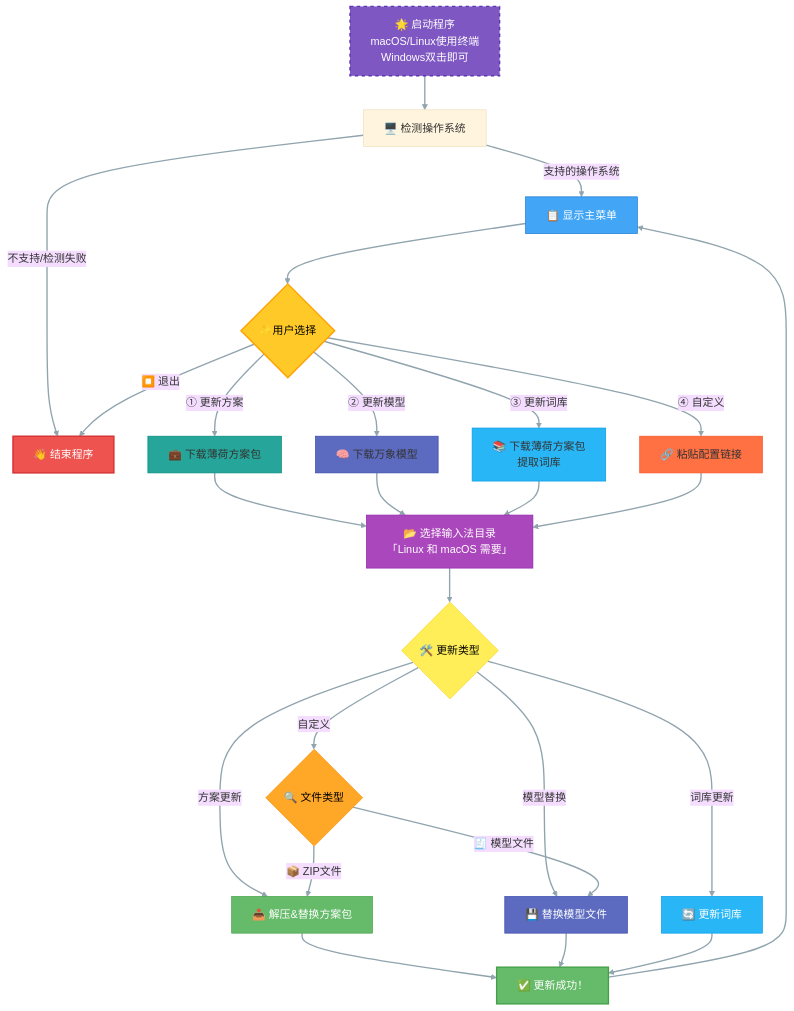
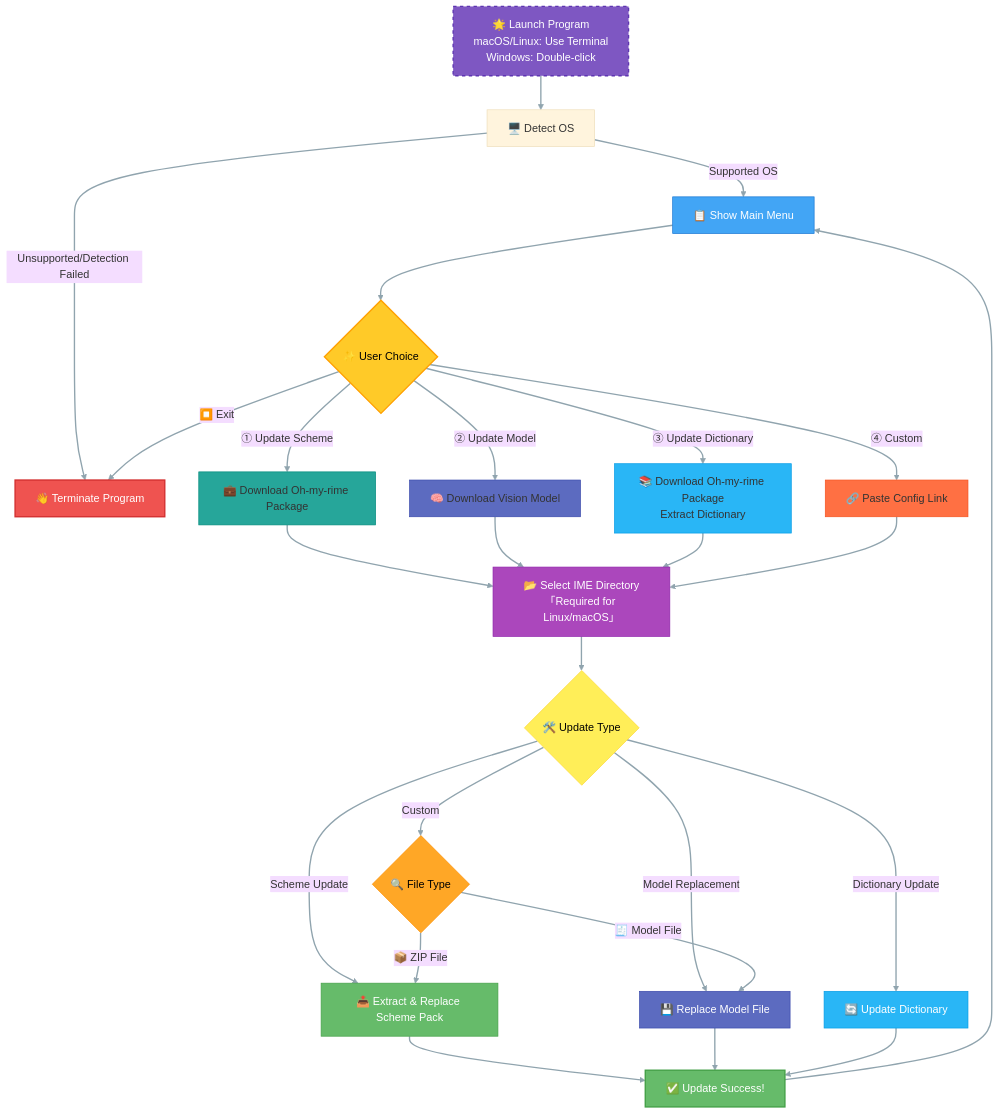
Before and after one commit to Mintimate/oh-my-rime-cli: the diagram in README_en.md, drawn with Mermaid (base theme).

Commit message:
doc: 将README流程图内容翻译为英文

````diff
--- a/README_en.md
+++ b/README_en.md
@@ -11,50 +11,50 @@
 ```mermaid
 flowchart TD
-    A[🌟 启动程序 <br/> macOS/Linux使用终端<br/>Windows双击即可] --> B[🖥️ 检测操作系统]
-    B --支持的操作系统--> C[📋 显示主菜单]
-    B --不支持/检测失败--> I
+    A[🌟 Launch Program <br/> macOS/Linux: Use Terminal<br/>Windows: Double-click] --> B[🖥️ Detect OS]
+    B --Supported OS--> C[📋 Show Main Menu]
+    B --Unsupported/Detection Failed--> I
     
-    C --> D{"✨用户选择"}
-    D -->|① 更新方案| E[💼 下载薄荷方案包]
-    D -->|② 更新模型| F[🧠 下载万象模型]
-    D -->|③ 更新词库| G[📚 下载薄荷方案包<br/>提取词库]
-    D -->|④ 自定义| H[🔗 粘贴配置链接]
-    D -->|⏹️ 退出| I[👋 结束程序]
+    C --> D{"✨ User Choice"}
+    D -->|① Update Scheme| E[💼 Download Oh-my-rime Package]
+    D -->|② Update Model| F[🧠 Download Vision Model]
+    D -->|③ Update Dictionary| G[📚 Download Oh-my-rime Package<br/>Extract Dictionary]
+    D -->|④ Custom| H[🔗 Paste Config Link]
+    D -->|⏹️ Exit| I[👋 Terminate Program]
     
-    E --> J[📂 选择输入法目录<br/>「Linux 和 macOS 需要」]
+    E --> J[📂 Select IME Directory<br/>「Required for Linux/macOS」]
     F --> J
     G --> J
     H --> J
     
-    J --> K{🛠️ 更新类型}
-    K -->|方案更新| L[📤 解压&替换方案包]
-    K -->|模型替换| M[💾 替换模型文件]
-    K -->|词库更新| N[🔄 更新词库]
-    K -->|自定义| O{🔍 文件类型}
+    J --> K{🛠️ Update Type}
+    K -->|Scheme Update| L[📤 Extract & Replace Scheme Pack]
+    K -->|Model Replacement| M[💾 Replace Model File]
+    K -->|Dictionary Update| N[🔄 Update Dictionary]
+    K -->|Custom| O{🔍 File Type}
     
-    O -->|📦 ZIP文件| L
-    O -->|🧾 模型文件| M
+    O -->|📦 ZIP File| L
+    O -->|🧾 Model File| M
     
-    L --> P[✅ 更新成功！]
+    L --> P[✅ Update Success!]
     M --> P
     N --> P
     
     P --> C
 
     style A fill:#7E57C2,stroke:#5E35B1,color:white,stroke-width:2px,stroke-dasharray:5
     style I fill:#EF5350,stroke:#D32F2F,color:white,stroke-width:2px
     style C fill:#42A5F5,stroke:#1976D2,color:white
     style D fill:#FFCA28,stroke:#FFA000,color:black,stroke-width:2px
     style E fill:#26A69A,stroke:#00897B
     style F fill:#5C6BC0,stroke:#3949AB
     style G fill:#29B6F6,stroke:#039BE5
     style H fill:#FF7043,stroke:#F4511E
     style J fill:#AB47BC,stroke:#8E24AA,color:white
     style K fill:#FFEE58,stroke:#FDD835,color:black
     style L fill:#66BB6A,stroke:#43A047,color:white
     style M fill:#5C6BC0,stroke:#3949AB,color:white
     style N fill:#29B6F6,stroke:#039BE5,color:white
     style O fill:#FFA726,stroke:#FB8C00,color:black
     style P fill:#66BB6A,stroke:#43A047,color:white,stroke-width:2px
     linkStyle default stroke:#90A4AE,stroke-width:2px
 ```
````
